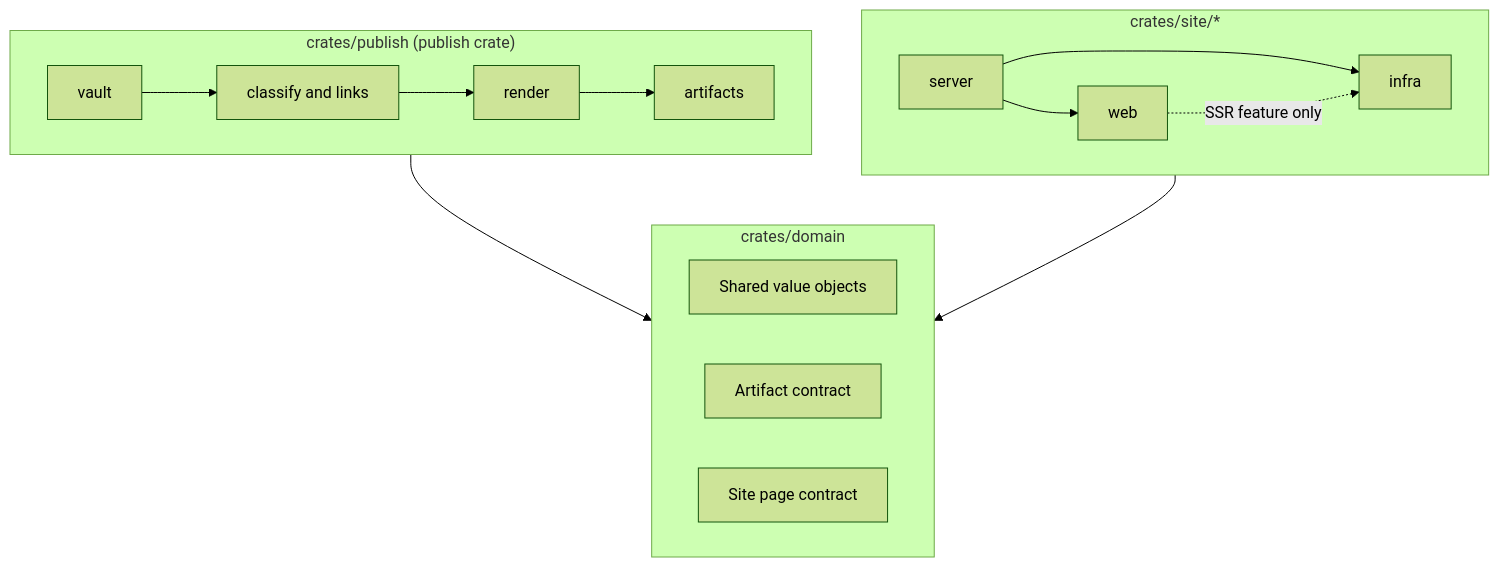
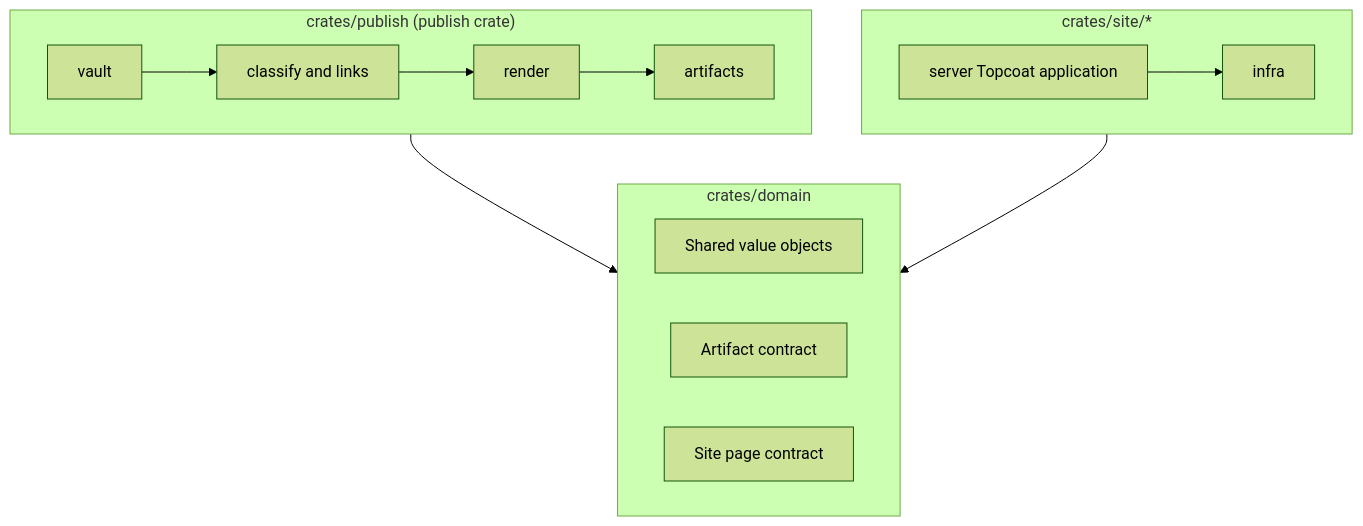
The second of 4 diagrams in docs/architecture/architecture.md (okawak/okawak_blog), drawn with Mermaid (forest theme) before and after one commit. The commit also changed other lines of this file and 32 other files, not shown here.

Commit message:
refactor(site): consolidate Topcoat application crate

````diff
--- a/docs/architecture/architecture.md
+++ b/docs/architecture/architecture.md
@@ -108,30 +108,27 @@
 ```mermaid
 flowchart TB
     subgraph Domain["crates/domain"]
         D1[Shared value objects]
         D2[Artifact contract]
         D3[Site page contract]
     end
 
     subgraph Publish["crates/publish (publish crate)"]
         P1[vault]
         P2[classify and links]
         P3[render]
         P4[artifacts]
     end
 
     subgraph Site["crates/site/*"]
         S1[infra]
-        S2[server]
-        S3[web]
+        S2[server Topcoat application]
     end
 
     Publish --> Domain
     Site --> Domain
     P1 --> P2
     P2 --> P3
     P3 --> P4
     S2 --> S1
-    S2 --> S3
-    S3 -. "SSR feature only" .-> S1
 ```
````
